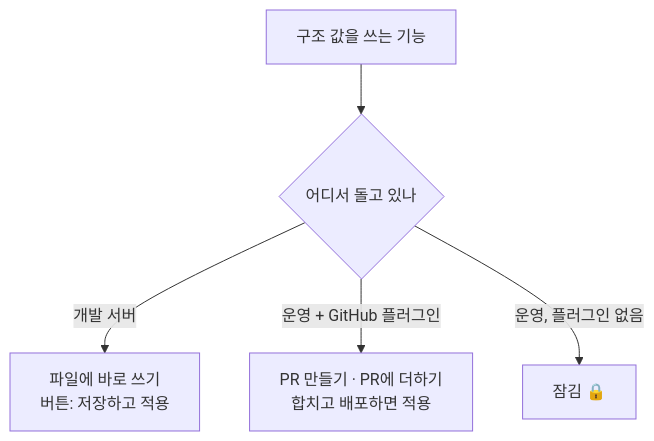
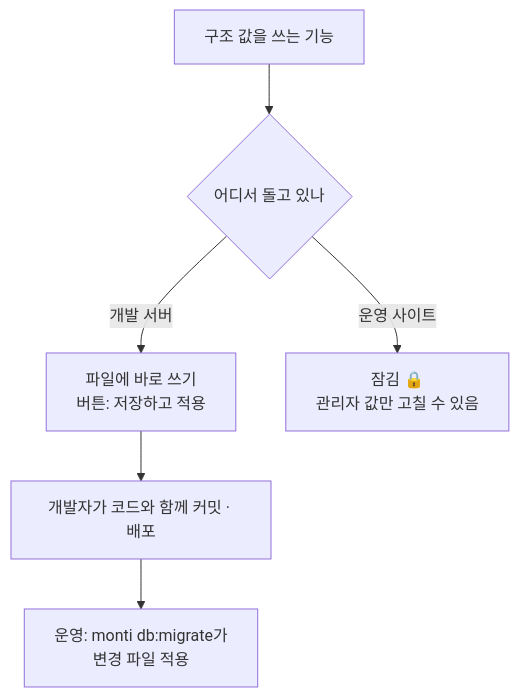
The sixth of 7 diagrams in docs/design/features/00-foundation.md (monti-cms/monti), drawn with Mermaid before and after one commit. The commit also changed other lines of this file and 7 other files, not shown here.

````diff
--- a/docs/design/features/00-foundation.md
+++ b/docs/design/features/00-foundation.md
@@ -214,7 +214,8 @@
 ```mermaid
 flowchart TD
   W["구조 값을 쓰는 기능"] --> Q{"어디서 돌고 있나"}
   Q -->|개발 서버| F["파일에 바로 쓰기<br/>버튼: 저장하고 적용"]
-  Q -->|운영 + GitHub 플러그인| PR["PR 만들기 · PR에 더하기<br/>합치고 배포하면 적용"]
-  Q -->|운영, 플러그인 없음| L["잠김 🔒"]
+  F --> G["개발자가 코드와 함께 커밋 · 배포"]
+  G --> M["운영: monti db:migrate가<br/>변경 파일 적용"]
+  Q -->|운영 사이트| L["잠김 🔒<br/>관리자 값만 고칠 수 있음"]
 ```
````
